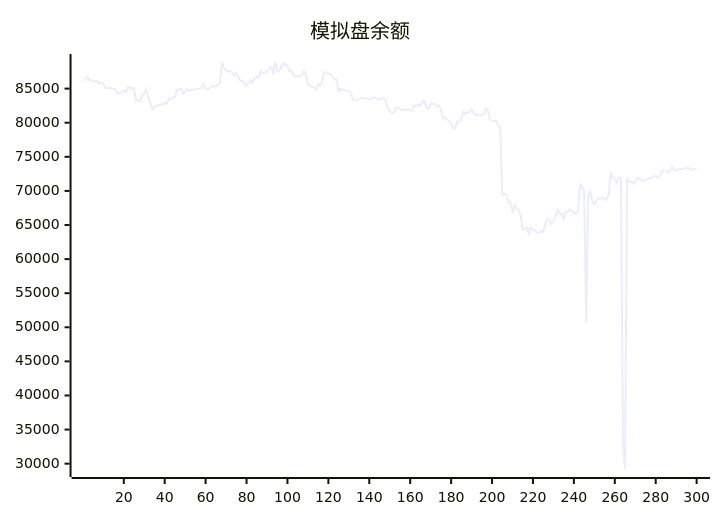
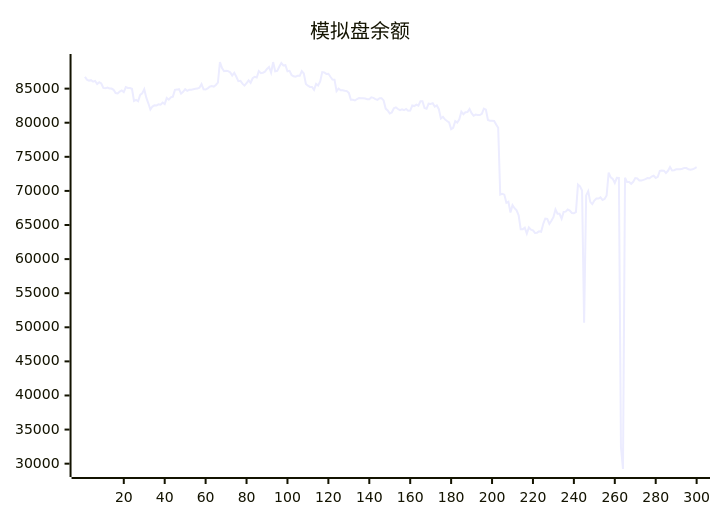
One commit to aahl/ai-trading changed the diagram in README.md. Above: the diagram before and after it, drawn with Mermaid. The commit also changed other lines of this file and 1 other file, not shown here.

````diff
--- a/README.md
+++ b/README.md
@@ -5,5 +5,5 @@
 ```mermaid
 xychart
     title "模拟盘余额"
-    line [86114,86731,86310,86176,86240,86017,86136,85685,85938,85749,85111,85044,85164,85016,85008,84824,84354,84287,84572,84745,84500,85234,85096,85095,84970,83180,83338,83157,84070,84309,84922,83667,82850,81924,82369,82552,82539,82695,82648,82962,82728,83619,83378,83710,83825,84819,84854,84917,84265,84527,84919,84668,84834,84850,84916,84981,85004,85131,85674,84891,84864,85019,85284,85393,85294,85538,85894,88904,88012,87567,87625,87568,87386,86920,87313,86737,86094,86143,85725,85437,85787,86219,85859,86526,86740,86630,87563,87264,87335,87483,87886,88180,87335,88894,87544,87608,88207,88755,88401,88444,87543,87608,87000,86810,86740,86894,86884,87576,87209,85686,85435,85251,85255,84820,85689,85453,86066,87420,87373,87161,87178,86740,86341,86315,84643,85012,84772,84768,84690,84635,84376,83360,83357,83259,83474,83608,83606,83602,83548,83440,83454,83724,83644,83464,83365,83590,83592,83275,82072,81806,81344,81492,82109,82254,82006,81848,81955,81829,82022,81769,81776,82522,82441,82656,82498,83144,83144,82150,82038,82797,82763,82872,82367,82536,81981,80612,80862,80484,80242,80034,79063,79245,80226,80016,80507,81625,81233,81544,81578,82016,81401,81019,81186,81130,81118,81306,82066,81909,80392,80304,80291,80258,79729,79261,69466,69579,69456,68251,68415,66832,67911,67462,67144,66432,64380,64375,64606,63740,64647,64324,64216,63842,63877,64078,64008,65156,65945,65888,65157,65625,66144,67284,66653,66639,65924,66925,66956,67263,67108,66766,66729,66886,70927,70673,70049,50652,69334,69973,68400,68061,68578,68876,68879,69055,68662,68822,69329,72687,71999,71760,71162,71911,71896,32500,29218,71927,71297,71305,71044,71337,71883,71822,71536,71536,71622,71723,71880,71860,72100,72216,71887,72077,72940,72976,72966,72638,72948,73497,73004,73041,73173,73160,73186,73258,73375,73351,73173,73098,73161,73305]
+    line [86731,86310,86176,86240,86017,86136,85685,85938,85749,85111,85044,85164,85016,85008,84824,84354,84287,84572,84745,84500,85234,85096,85095,84970,83180,83338,83157,84070,84309,84922,83667,82850,81924,82369,82552,82539,82695,82648,82962,82728,83619,83378,83710,83825,84819,84854,84917,84265,84527,84919,84668,84834,84850,84916,84981,85004,85131,85674,84891,84864,85019,85284,85393,85294,85538,85894,88904,88012,87567,87625,87568,87386,86920,87313,86737,86094,86143,85725,85437,85787,86219,85859,86526,86740,86630,87563,87264,87335,87483,87886,88180,87335,88894,87544,87608,88207,88755,88401,88444,87543,87608,87000,86810,86740,86894,86884,87576,87209,85686,85435,85251,85255,84820,85689,85453,86066,87420,87373,87161,87178,86740,86341,86315,84643,85012,84772,84768,84690,84635,84376,83360,83357,83259,83474,83608,83606,83602,83548,83440,83454,83724,83644,83464,83365,83590,83592,83275,82072,81806,81344,81492,82109,82254,82006,81848,81955,81829,82022,81769,81776,82522,82441,82656,82498,83144,83144,82150,82038,82797,82763,82872,82367,82536,81981,80612,80862,80484,80242,80034,79063,79245,80226,80016,80507,81625,81233,81544,81578,82016,81401,81019,81186,81130,81118,81306,82066,81909,80392,80304,80291,80258,79729,79261,69466,69579,69456,68251,68415,66832,67911,67462,67144,66432,64380,64375,64606,63740,64647,64324,64216,63842,63877,64078,64008,65156,65945,65888,65157,65625,66144,67284,66653,66639,65924,66925,66956,67263,67108,66766,66729,66886,70927,70673,70049,50652,69334,69973,68400,68061,68578,68876,68879,69055,68662,68822,69329,72687,71999,71760,71162,71911,71896,32500,29218,71927,71297,71305,71044,71337,71883,71822,71536,71536,71622,71723,71880,71860,72100,72216,71887,72077,72940,72976,72966,72638,72948,73497,73004,73041,73173,73160,73186,73258,73375,73351,73173,73098,73161,73305,73474]
 ```
````
